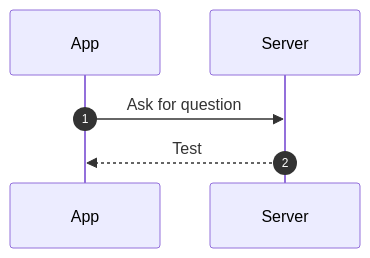
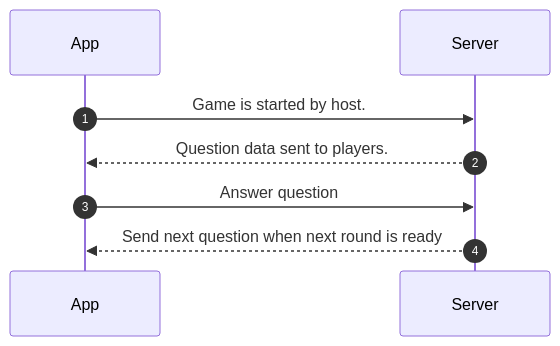
One commit to TheOmnimax/trivia-server changed the third of 3 diagrams in docs/diagrams/data_flow.md. Above: the diagram before and after it, drawn with Mermaid. The commit also changed other lines of this file and 4 other files, not shown here.

````diff
--- a/docs/diagrams/data_flow.md
+++ b/docs/diagrams/data_flow.md
@@ -32,6 +33,8 @@
 ```mermaid
 sequenceDiagram
 autonumber
-  App->>Server: Ask for question
-  Server-->>App: Test
+  App->>Server: Game is started by host.
+  Server-->>App: Question data sent to players.
+  App->>Server: Answer question
+  Server-->>App: Send next question when next round is ready
 ```
````
